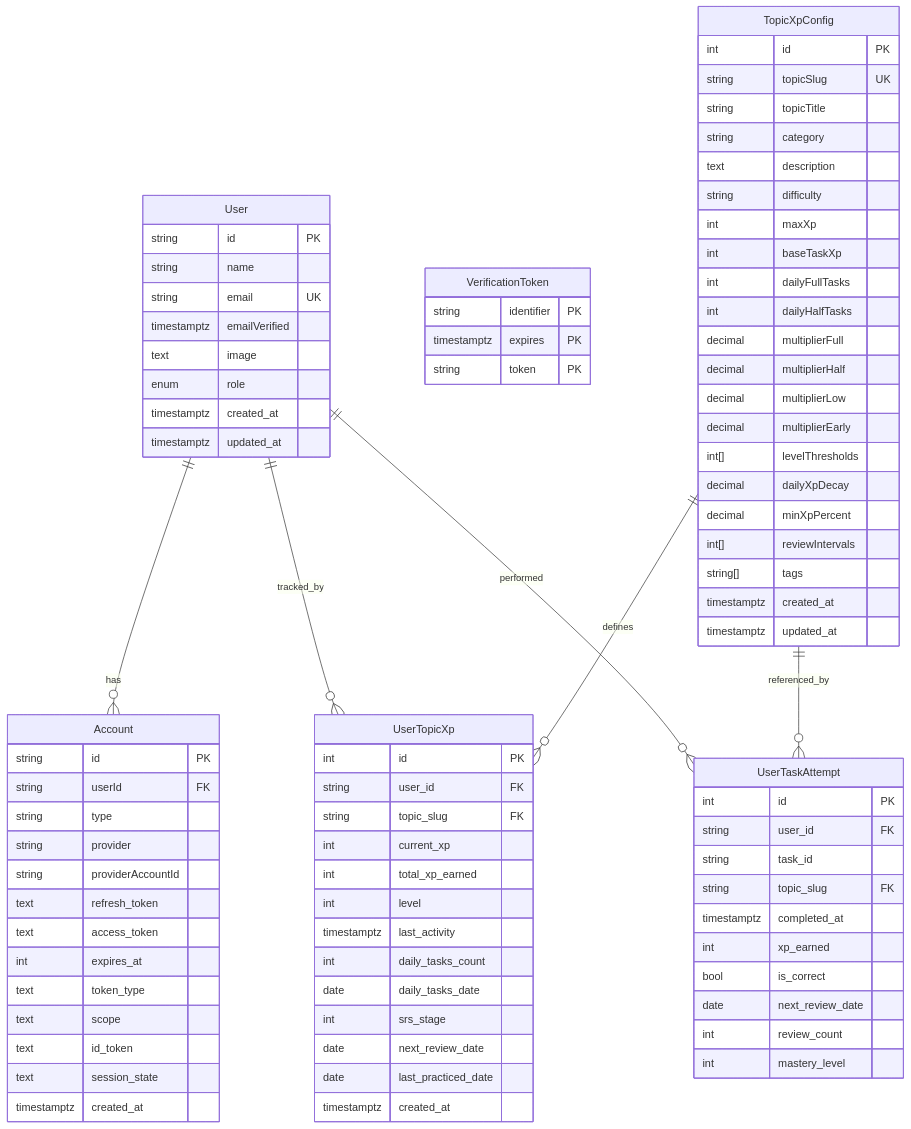
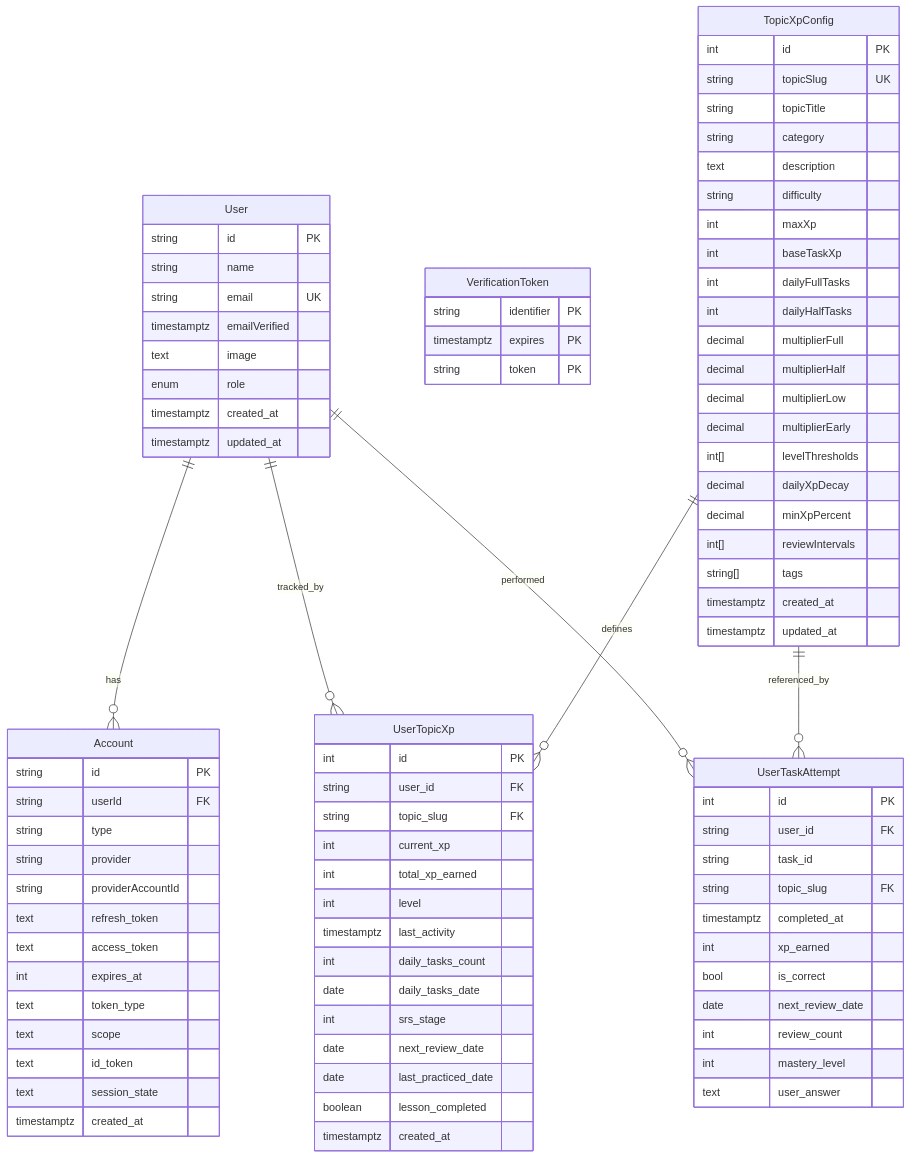
Before and after one commit to AlexKutz/math-app-next-js: the third of 15 diagrams in .qoder/repowiki/en/content/Architecture & Design/Database Design & Integration.md, drawn with Mermaid. The commit also changed other lines of this file and 125 other files, not shown here.

```diff
--- a/.qoder/repowiki/en/content/Architecture & Design/Database Design & Integration.md
+++ b/.qoder/repowiki/en/content/Architecture & Design/Database Design & Integration.md
@@ -239,6 +252,7 @@
 int srs_stage
 date next_review_date
 date last_practiced_date
+boolean lesson_completed
 timestamptz created_at
 }
 UserTaskAttempt {
@@ -252,6 +266,7 @@
 date next_review_date
 int review_count
 int mastery_level
+text user_answer
 }
 User ||--o{ Account : "has"
 User ||--o{ UserTopicXp : "tracked_by"
```
